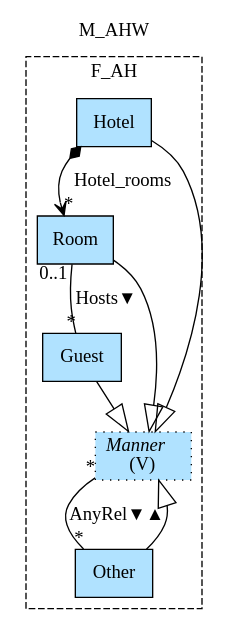
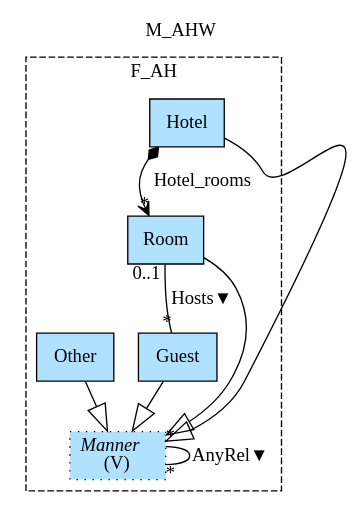
Before and after one commit to namalio/Fragmenta: the diagram in Haskell/FragmentaTests/PetsWorld/img/M_AHW_Mdl.gv, drawn with Graphviz. The commit also changed 36 other files, not shown here.

```diff
--- a/Haskell/FragmentaTests/PetsWorld/img/M_AHW_Mdl.gv
+++ b/Haskell/FragmentaTests/PetsWorld/img/M_AHW_Mdl.gv
@@ -1,18 +1,18 @@
 digraph {graph[label=M_AHW,labelloc=tl,labelfontsize=12];
 subgraph cluster_F_AH{style=dashed;label=F_AH;
 "Room"[shape=record,fillcolor=lightskyblue1,style = filled,label="Room"];
 "Hotel"[shape=record,fillcolor=lightskyblue1,style = filled,label="Hotel"];
 "Guest"[shape=record,fillcolor=lightskyblue1,style = filled,label="Guest"];
 "Other"[shape=record,fillcolor=lightskyblue1,style = filled,label="Other"];
 "Manner"[shape=record,fillcolor=lightskyblue1,style ="filled,dotted",label=<{<I>Manner</I><br/>(V)}>];
 
 "Room"->"Guest"[label="Hosts▼",dir=none,taillabel="0..1",headlabel="*"];
 "Hotel"->"Room"[label="Hotel_rooms",arrowhead=vee,arrowtail=diamond,dir=both,headlabel="*"];
-"Manner"->"Other"[label="AnyRel▼▲",dir=none,taillabel="*",headlabel="*"];
+"Manner"->"Manner"[label="AnyRel▼",dir=none,taillabel="*",headlabel="*"];
 "Room"->"Manner"[arrowhead=onormal,arrowsize=2.0];
 "Hotel"->"Manner"[arrowhead=onormal,arrowsize=2.0];
 "Guest"->"Manner"[arrowhead=onormal,arrowsize=2.0];
 "Other"->"Manner"[arrowhead=onormal,arrowsize=2.0];
 
 }
 }
```
